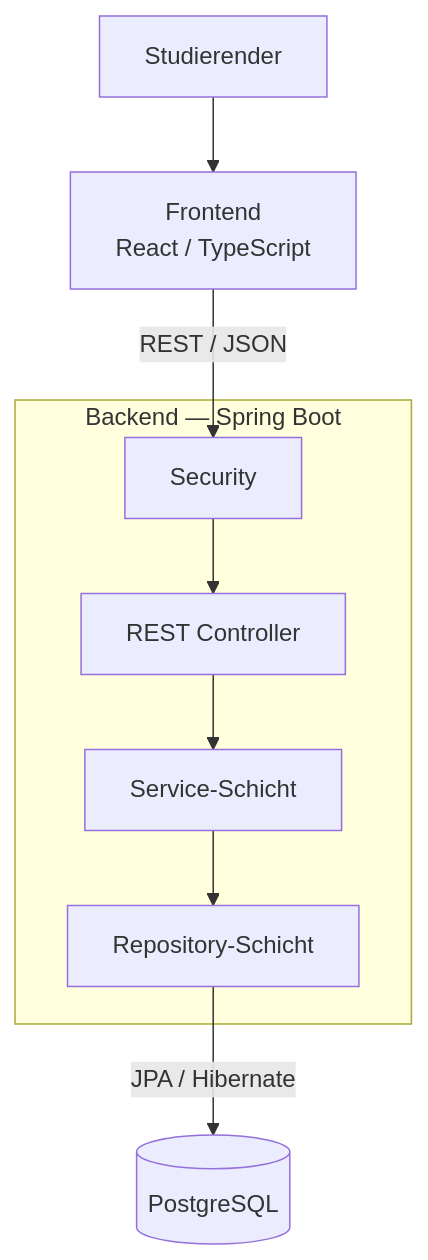
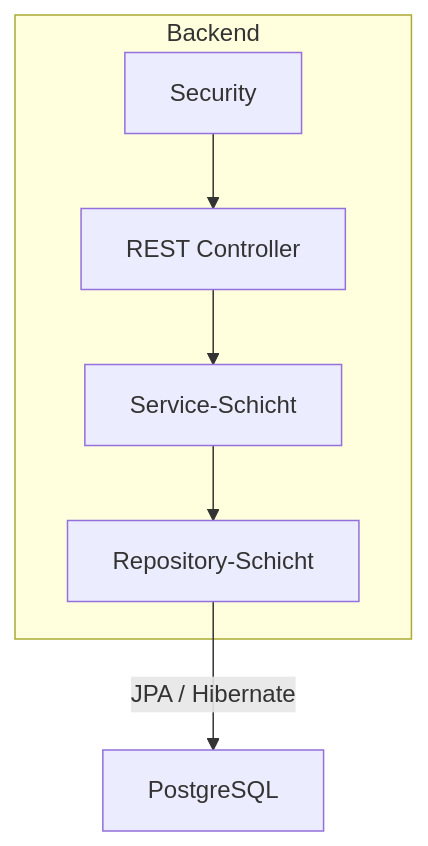
The third of 5 diagrams in arch/05-bausteinsicht.md (nura203/wk1106-wirtschaftsinformatik-projekt-1), drawn with Mermaid before and after one commit. The commit also changed other lines of this file, not shown here.

````diff
--- a/arch/05-bausteinsicht.md
+++ b/arch/05-bausteinsicht.md
@@ -17,21 +197,14 @@
 ```mermaid
 graph TD
-    User["Studierender"]
-    Frontend["Frontend<br/>React / TypeScript"]
-
-    subgraph Backend["Backend — Spring Boot"]
+    subgraph Backend["Backend"]
         Security["Security"]
         Controllers["REST Controller"]
         Services["Service-Schicht"]
         Repositories["Repository-Schicht"]
     end
 
-    DB[("PostgreSQL")]
-
-    User --> Frontend
-    Frontend -->|"REST / JSON"| Security
     Security --> Controllers
     Controllers --> Services
     Services --> Repositories
-    Repositories -->|"JPA / Hibernate"| DB
+    Repositories -->|"JPA / Hibernate"| DB["PostgreSQL"]
 ```
````
